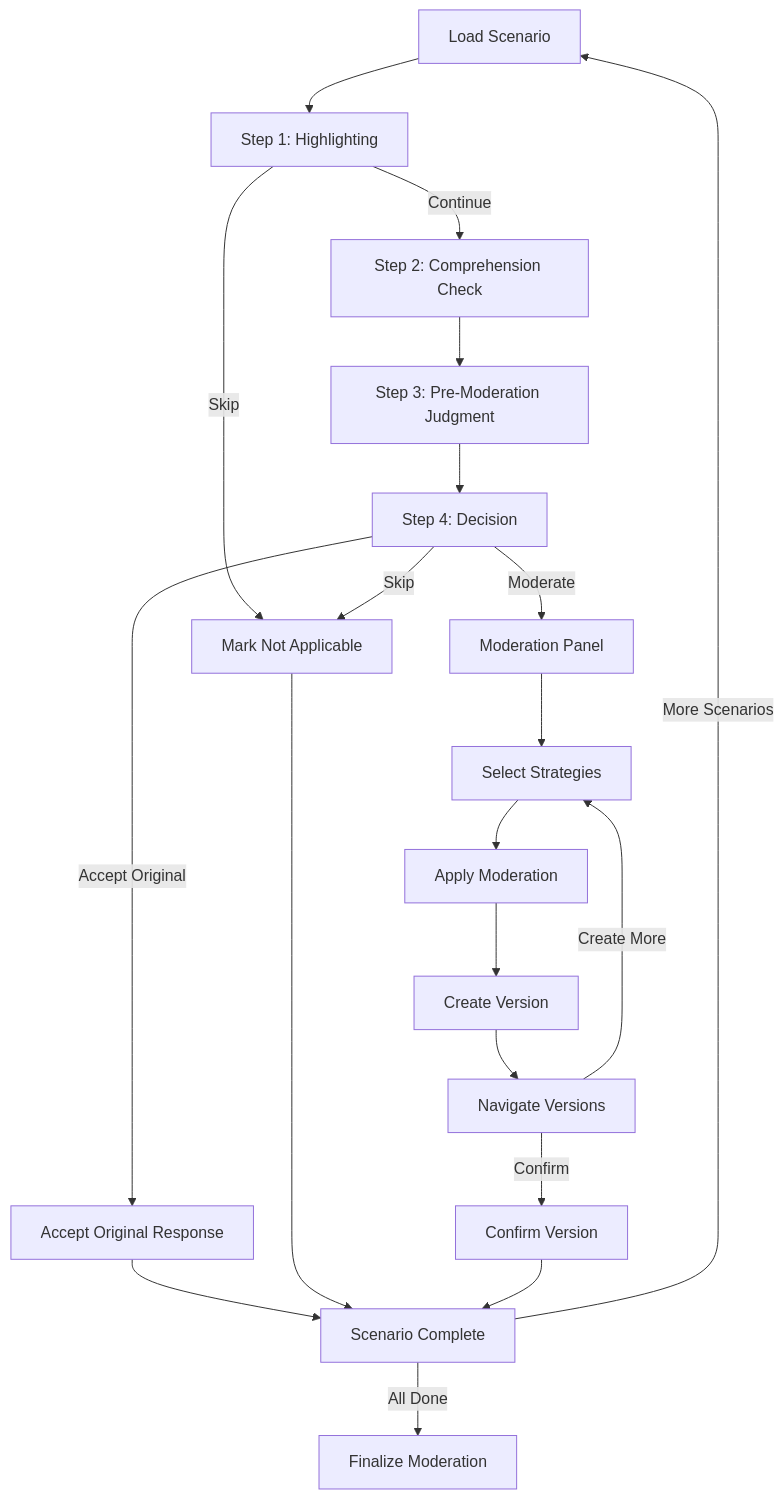
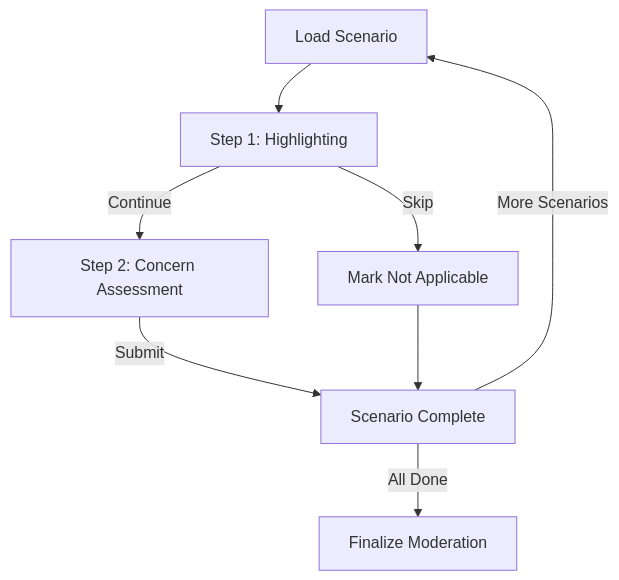
The diagram in docs/MODERATION_SURVEY_FLOW.md (jjdrisco/DSL-kidsgpt-open-webui), drawn with Mermaid before and after one commit. The commit also changed other lines of this file and 7 other files, not shown here.

Commit message:
docs: update survey docs to reflect current 2-step flow and isStudyMode

````diff
--- a/docs/MODERATION_SURVEY_FLOW.md
+++ b/docs/MODERATION_SURVEY_FLOW.md
@@ -464,26 +406,12 @@
 ```mermaid
 flowchart TD
     Start[Load Scenario] --> Step1[Step 1: Highlighting]
     Step1 -->|Skip| NotApplicable[Mark Not Applicable]
-    Step1 -->|Continue| Step2[Step 2: Comprehension Check]
-    Step2 --> Step3[Step 3: Pre-Moderation Judgment]
-    Step3 --> Step4[Step 4: Decision]
+    Step1 -->|Continue| Step2[Step 2: Concern Assessment]
+    Step2 -->|Submit| Complete[Scenario Complete]
 
-    Step4 -->|Accept Original| AcceptOriginal[Accept Original Response]
-    Step4 -->|Moderate| ModerationPanel[Moderation Panel]
-    Step4 -->|Skip| NotApplicable
-
-    ModerationPanel --> SelectStrategies[Select Strategies]
-    SelectStrategies --> ApplyModeration[Apply Moderation]
-    ApplyModeration --> CreateVersion[Create Version]
-    CreateVersion --> NavigateVersions[Navigate Versions]
-    NavigateVersions -->|Create More| SelectStrategies
-    NavigateVersions -->|Confirm| ConfirmVersion[Confirm Version]
-
-    AcceptOriginal --> Complete[Scenario Complete]
     NotApplicable --> Complete
-    ConfirmVersion --> Complete
 
     Complete -->|More Scenarios| Start
     Complete -->|All Done| Finalize[Finalize Moderation]
 ```
````
